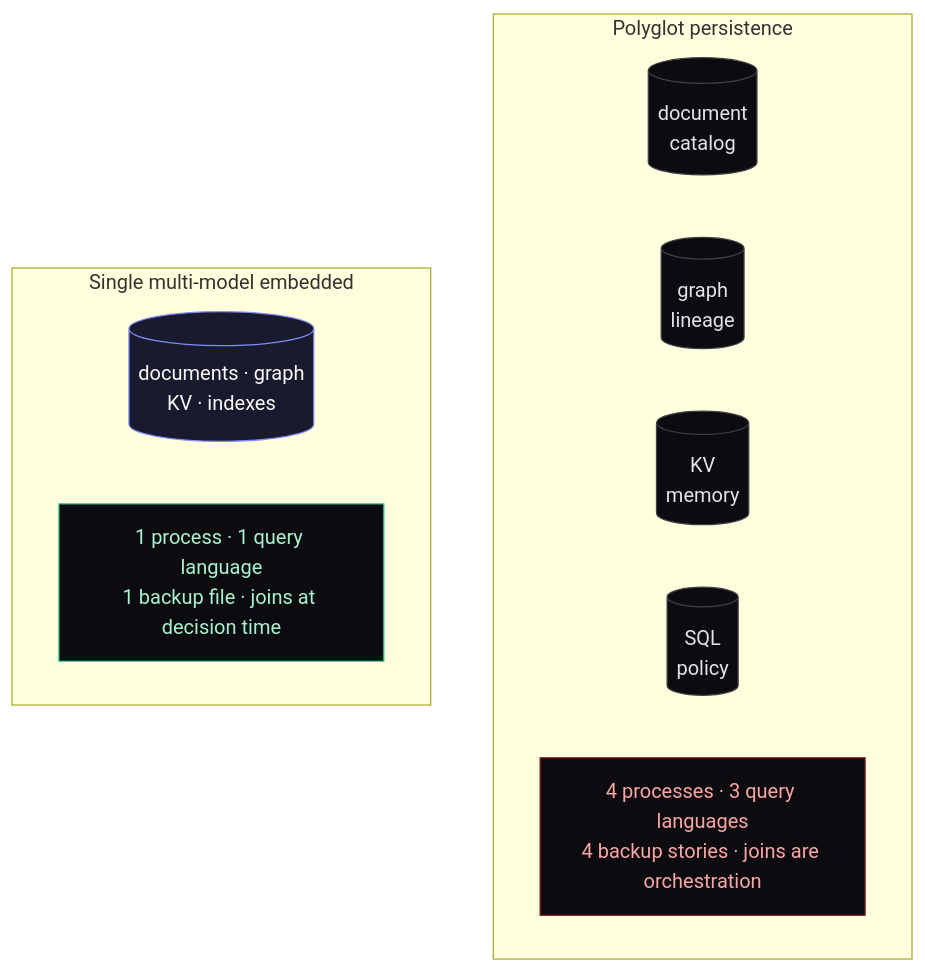
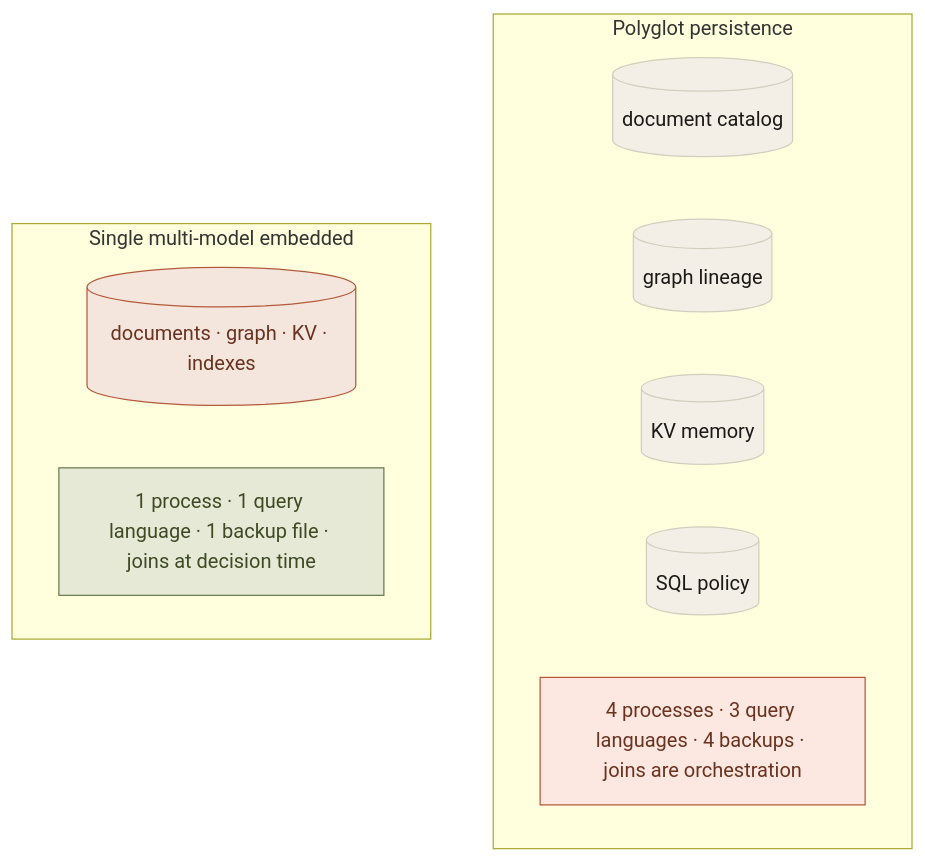
The first of 2 diagrams in content/writing/shape-of-a-local-first-data-product.mdx (sagar8080/sagar8080.github.io), drawn with Mermaid before and after one commit. The commit also changed other lines of this file and 21 other files, not shown here.

````diff
--- a/content/writing/shape-of-a-local-first-data-product.mdx
+++ b/content/writing/shape-of-a-local-first-data-product.mdx
@@ -29,22 +29,22 @@
 ```mermaid
 flowchart TB
-  classDef accent fill:#1a1a2e,stroke:#818cf8,color:#fafafa
-  classDef plain fill:#0c0c10,stroke:#3f3f46,color:#e4e4e7
-  classDef cost fill:#0c0c10,stroke:#7f1d1d,color:#fca5a5
-  classDef win fill:#0c0c10,stroke:#34d399,color:#a7f3d0
+  classDef accent fill:#f4e6dd,stroke:#b45a3c,color:#6A3320
+  classDef plain fill:#f3efe7,stroke:#d4cdbe,color:#1c1917
+  classDef cost fill:#fce8e0,stroke:#b45a3c,color:#6A3320
+  classDef win fill:#e6e9d6,stroke:#6b7a4e,color:#3F4A24
 
   subgraph A["Polyglot persistence"]
     direction LR
-    A1[(document<br/>catalog)]:::plain
-    A2[(graph<br/>lineage)]:::plain
-    A3[(KV<br/>memory)]:::plain
-    A4[(SQL<br/>policy)]:::plain
-    AA[4 processes · 3 query languages<br/>4 backup stories · joins are orchestration]:::cost
+    A1[("document catalog")]:::plain
+    A2[("graph lineage")]:::plain
+    A3[("KV memory")]:::plain
+    A4[("SQL policy")]:::plain
+    AA["4 processes · 3 query languages · 4 backups · joins are orchestration"]:::cost
   end
 
   subgraph B["Single multi-model embedded"]
     direction LR
-    B1[(documents · graph<br/>KV · indexes)]:::accent
-    BB[1 process · 1 query language<br/>1 backup file · joins at decision time]:::win
+    B1[("documents · graph · KV · indexes")]:::accent
+    BB["1 process · 1 query language · 1 backup file · joins at decision time"]:::win
   end
 ```
````
